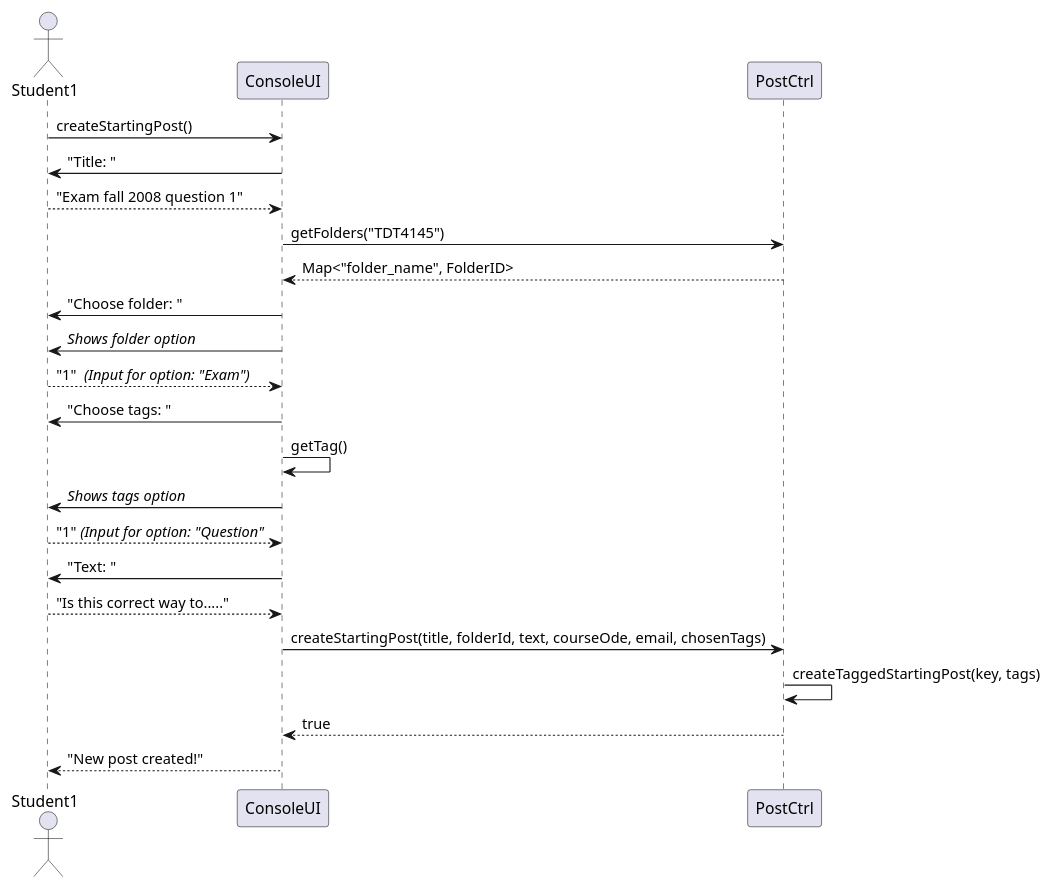
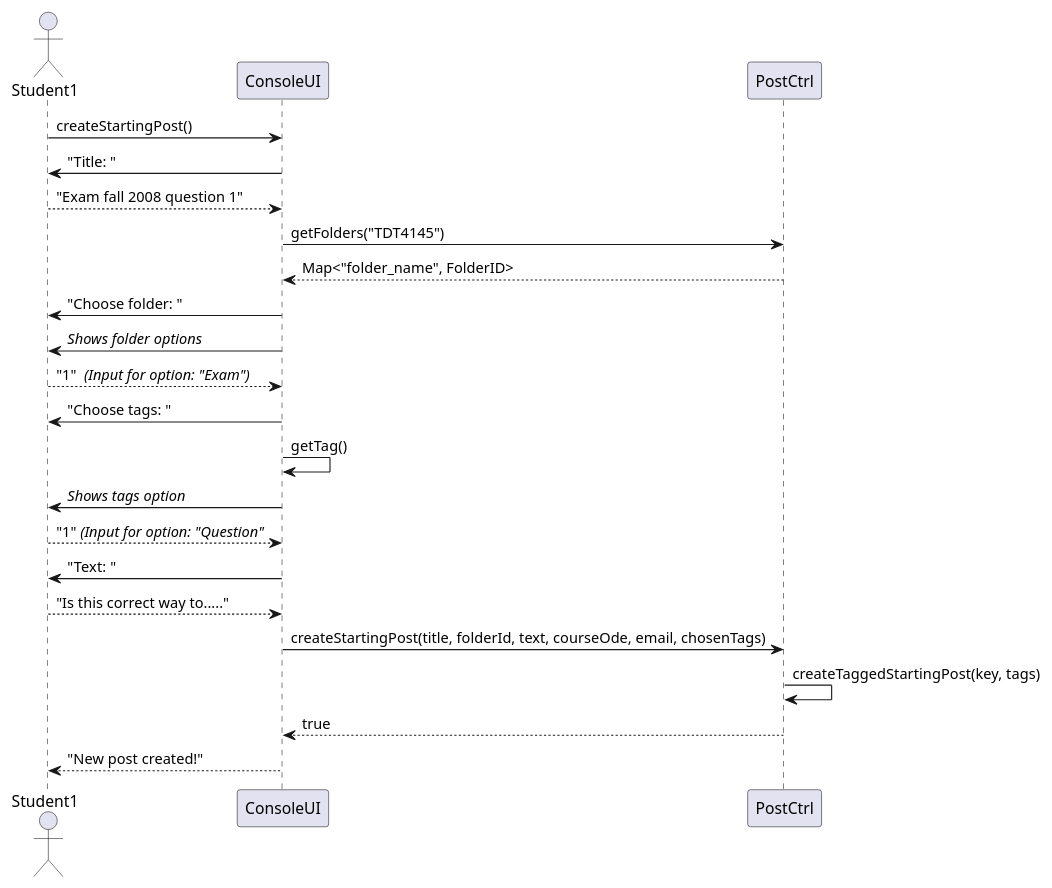
The diagram in Piazza/src/Documentations/UC2TaggedPostInFolder_SequenceDiagram.puml (kavusiks/ForumDatabase), drawn with PlantUML before and after one commit. The commit also changed 5 other files, not shown here.

Commit message:
Updated sequenceDiagram for uc3

```diff
--- a/Piazza/src/Documentations/UC2TaggedPostInFolder_SequenceDiagram.puml
+++ b/Piazza/src/Documentations/UC2TaggedPostInFolder_SequenceDiagram.puml
@@ -1,21 +1,21 @@
 @startuml
 actor Student1
 Student1 -> ConsoleUI: createStartingPost()
 ConsoleUI -> Student1: "Title: "
 Student1 --> ConsoleUI: "Exam fall 2008 question 1"
 ConsoleUI -> PostCtrl: getFolders("TDT4145")
 PostCtrl --> ConsoleUI: Map<"folder_name", FolderID>
 ConsoleUI -> Student1: "Choose folder: "
-ConsoleUI -> Student1: //Shows folder option//
+ConsoleUI -> Student1: //Shows folder options//
 Student1 --> ConsoleUI: "1"  //(Input for option: "Exam")//
 ConsoleUI -> Student1: "Choose tags: "
 ConsoleUI -> ConsoleUI: getTag()
 ConsoleUI -> Student1: //Shows tags option//
 Student1 --> ConsoleUI: "1" //(Input for option: "Question"//
 ConsoleUI -> Student1: "Text: "
 Student1 --> ConsoleUI: "Is this correct way to....."
 ConsoleUI -> PostCtrl: createStartingPost(title, folderId, text, courseOde, email, chosenTags)
 PostCtrl -> PostCtrl: createTaggedStartingPost(key, tags)
 PostCtrl --> ConsoleUI: true
 ConsoleUI --> Student1: "New post created!"
 @enduml
```
